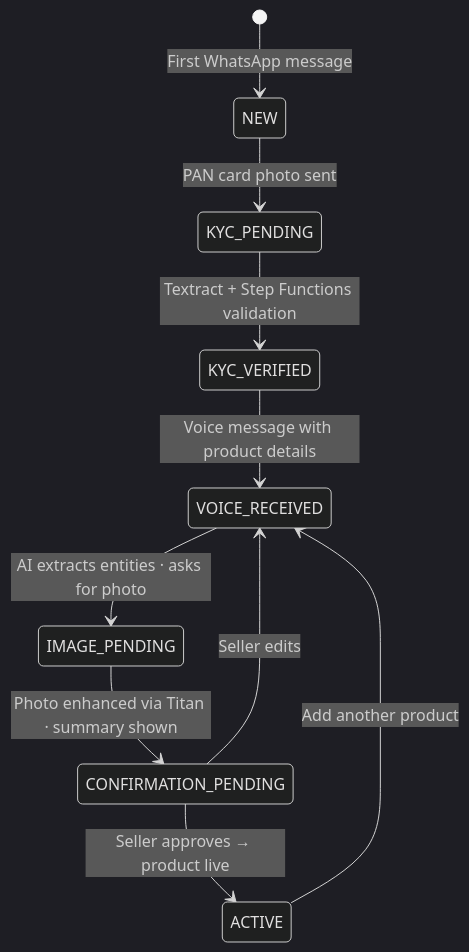
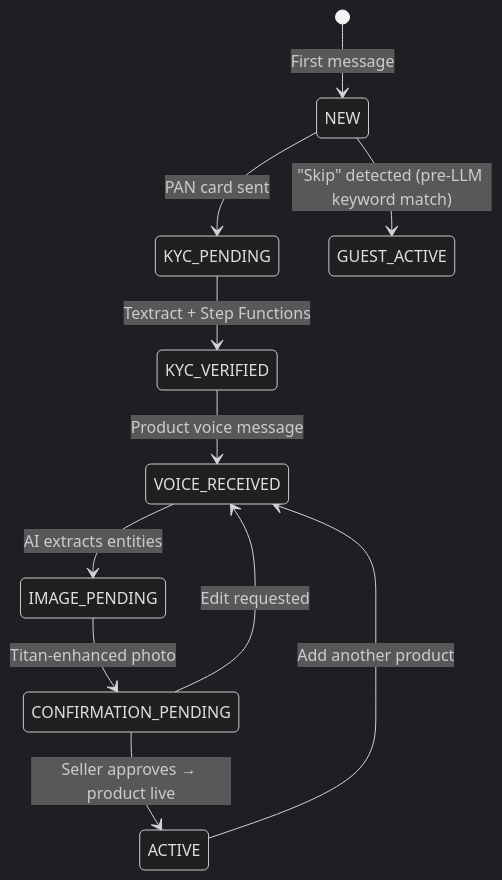
One commit to decode-soumyadipta/AWS_Bharat changed the second of 2 diagrams in README.md. Above: the diagram before and after it, drawn with Mermaid (dark theme). The commit also changed other lines of this file and 3 other files, not shown here.

First line of the commit message:
fix: typing indicator + skip-KYC detection + README with real metrics and INR costs

````diff
--- a/README.md
+++ b/README.md
@@ -97,12 +88,13 @@
 ```mermaid
 stateDiagram-v2
-    [*] --> NEW: First WhatsApp message
-    NEW --> KYC_PENDING: PAN card photo sent
-    KYC_PENDING --> KYC_VERIFIED: Textract + Step Functions validation
-    KYC_VERIFIED --> VOICE_RECEIVED: Voice message with product details
-    VOICE_RECEIVED --> IMAGE_PENDING: AI extracts entities · asks for photo
-    IMAGE_PENDING --> CONFIRMATION_PENDING: Photo enhanced via Titan · summary shown
+    [*] --> NEW: First message
+    NEW --> KYC_PENDING: PAN card sent
+    NEW --> GUEST_ACTIVE: "Skip" detected (pre-LLM keyword match)
+    KYC_PENDING --> KYC_VERIFIED: Textract + Step Functions
+    KYC_VERIFIED --> VOICE_RECEIVED: Product voice message
+    VOICE_RECEIVED --> IMAGE_PENDING: AI extracts entities
+    IMAGE_PENDING --> CONFIRMATION_PENDING: Titan-enhanced photo
     CONFIRMATION_PENDING --> ACTIVE: Seller approves → product live
     ACTIVE --> VOICE_RECEIVED: Add another product
-    CONFIRMATION_PENDING --> VOICE_RECEIVED: Seller edits
+    CONFIRMATION_PENDING --> VOICE_RECEIVED: Edit requested
 ```
````
